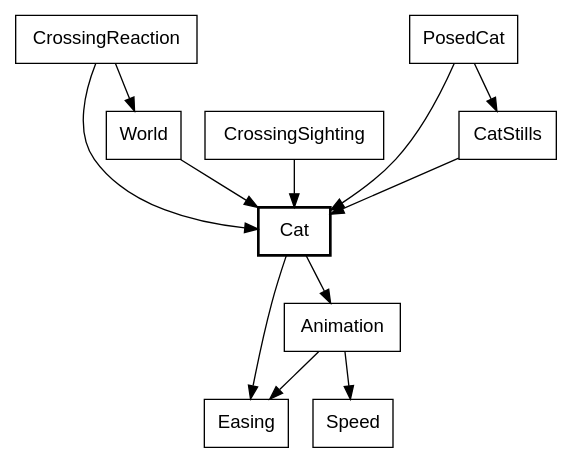
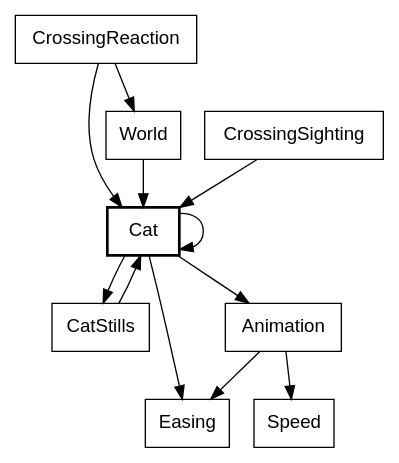
Diagram 22 of 35 in canvas_apps/safari/tutorial/tutorial.md (showell/roc-apps), drawn with Graphviz before and after one commit. The commit also changed other lines of this file and 9 other files, not shown here.

First line of the commit message:
Safari: PosedCat becomes Cat

````diff
--- a/canvas_apps/safari/tutorial/tutorial.md
+++ b/canvas_apps/safari/tutorial/tutorial.md
@@ -2092,17 +2092,17 @@
 ```dot
 digraph cat {
   node [shape=box, fontname="Helvetica"];
   Cat [style=bold];
   World -> Cat;
   CrossingReaction -> Cat;
   CrossingReaction -> World;
   CrossingSighting -> Cat;
-  PosedCat -> Cat;
-  PosedCat -> CatStills;
+  Cat -> Cat;
+  Cat -> CatStills;
   CatStills -> Cat;
   Cat -> Animation;
   Cat -> Easing;
   Animation -> Easing;
   Animation -> Speed;
 }
 ```
````
